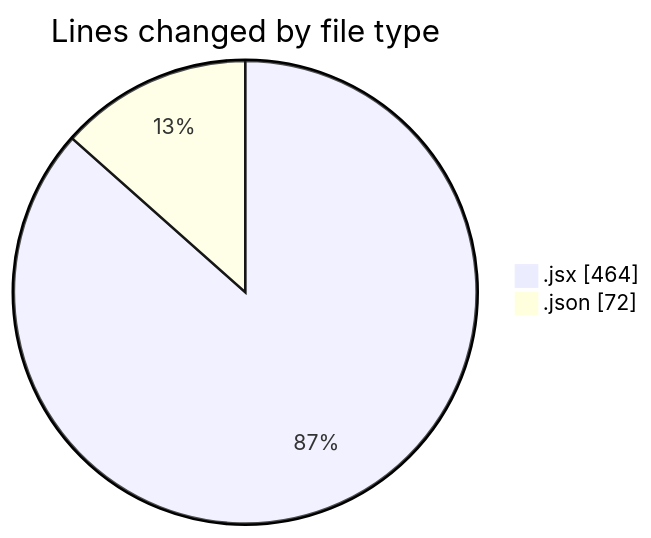
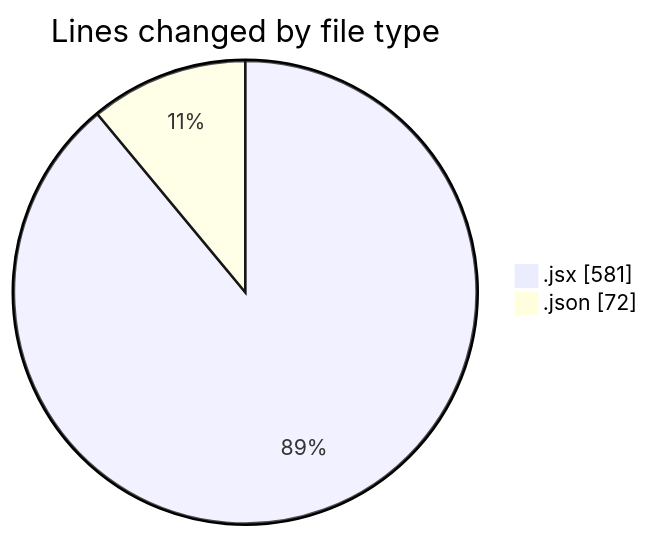
Before and after one commit to momahboobian/code-tracking: the first of 2 diagrams in 2026-03-19/commonwealth-front-end-task/README.md, drawn with Mermaid. The commit also changed other lines of this file and 1 other file, not shown here.

````diff
--- a/2026-03-19/commonwealth-front-end-task/README.md
+++ b/2026-03-19/commonwealth-front-end-task/README.md
@@ -23,6 +23,6 @@
 ```mermaid
 pie showData
 title Lines changed by file type
-".jsx" : 464
+".jsx" : 581
 ".json" : 72
 ```
````
